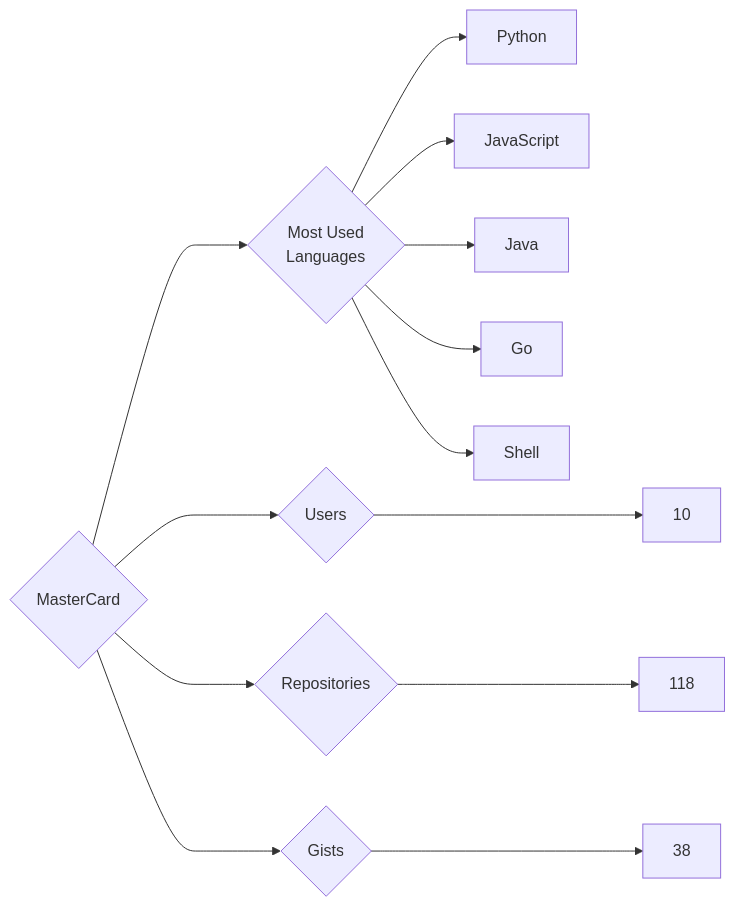
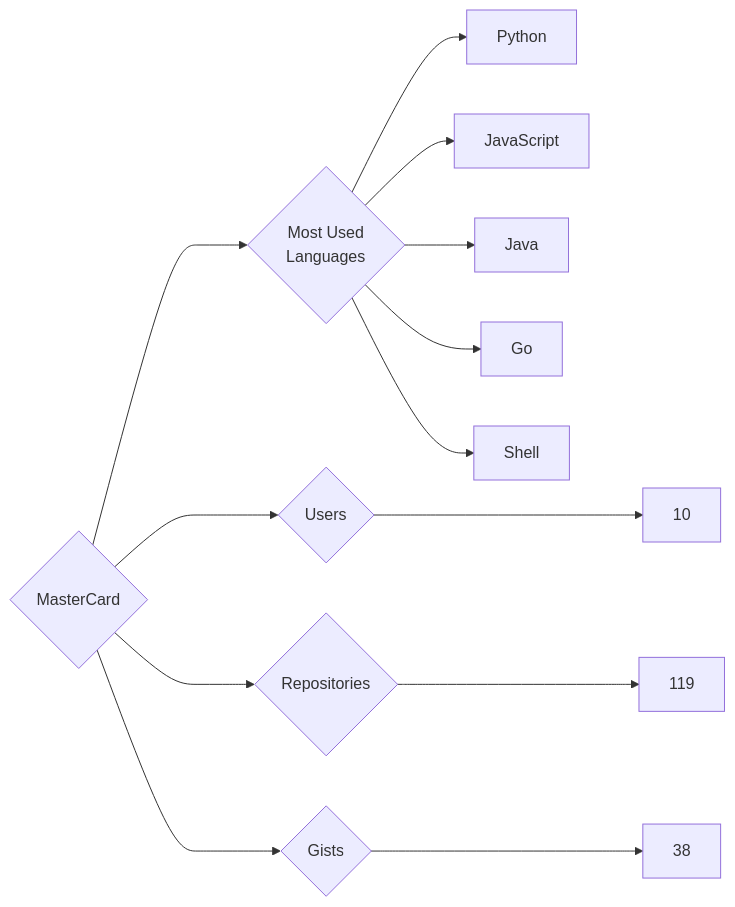
Before and after one commit to trickest/insiders: the diagram in targets/MasterCard/README.md, drawn with Mermaid. The commit also changed 877 other files, not shown here.

````diff
--- a/targets/MasterCard/README.md
+++ b/targets/MasterCard/README.md
@@ -3,13 +3,13 @@
 ```mermaid
 graph LR
 COMPANY_NAME{MasterCard}
 COMPANY_NAME ---> U{Users} ---> UN[10]
-COMPANY_NAME ---> R{Repositories} ---> RN[118]
+COMPANY_NAME ---> R{Repositories} ---> RN[119]
 COMPANY_NAME ---> G{Gists} ---> GN[38]
 COMPANY_NAME ---> ML{Most Used<br>Languages}
 ML --> Python[Python]
 ML --> JavaScript[JavaScript]
 ML --> Java[Java]
 ML --> Go[Go]
 ML --> Shell[Shell]
 ```
````
